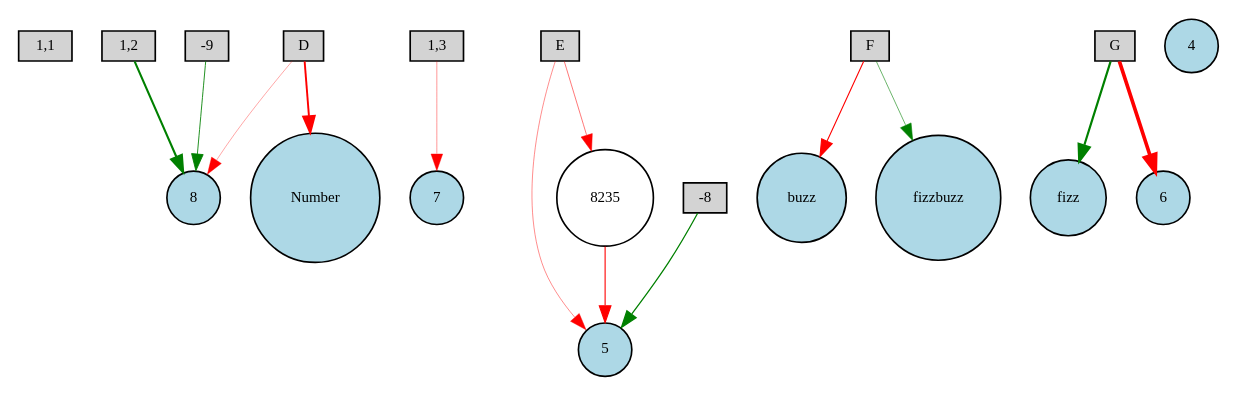
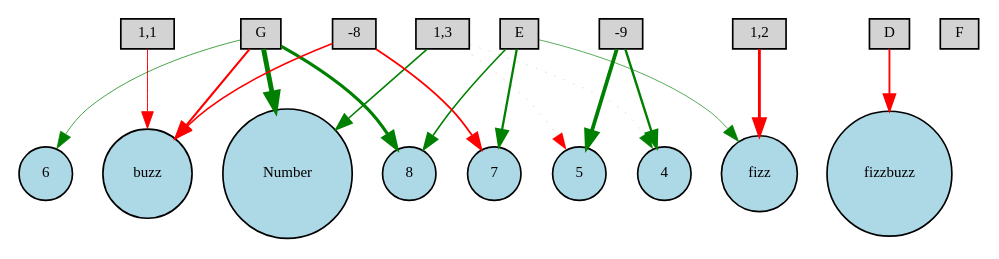
Before and after one commit to HiggstonRainbird/NEAT-TicTacToe: the diagram in Legal Moves/Digraph.gv, drawn with Graphviz. The commit also changed 3 other files, not shown here.

```diff
--- a/Legal Moves/Digraph.gv
+++ b/Legal Moves/Digraph.gv
@@ -1,35 +1,38 @@
 digraph {
 	node [fontsize=9 height=0.2 shape=circle width=0.2]
 	"1,1" [fillcolor=lightgray shape=box style=filled]
 	"1,2" [fillcolor=lightgray shape=box style=filled]
 	"1,3" [fillcolor=lightgray shape=box style=filled]
 	D [fillcolor=lightgray shape=box style=filled]
 	E [fillcolor=lightgray shape=box style=filled]
 	F [fillcolor=lightgray shape=box style=filled]
 	G [fillcolor=lightgray shape=box style=filled]
 	-8 [fillcolor=lightgray shape=box style=filled]
 	-9 [fillcolor=lightgray shape=box style=filled]
 	Number [fillcolor=lightblue style=filled]
 	fizz [fillcolor=lightblue style=filled]
 	buzz [fillcolor=lightblue style=filled]
 	fizzbuzz [fillcolor=lightblue style=filled]
 	4 [fillcolor=lightblue style=filled]
 	5 [fillcolor=lightblue style=filled]
 	6 [fillcolor=lightblue style=filled]
 	7 [fillcolor=lightblue style=filled]
 	8 [fillcolor=lightblue style=filled]
-	8235 [fillcolor=white style=filled]
-	"1,3" -> 7 [color=red penwidth=0.250792285711 style=solid]
-	8235 -> 5 [color=red penwidth=0.662222011247 style=solid]
-	-9 -> 8 [color=green penwidth=0.517334824778 style=solid]
-	E -> 5 [color=red penwidth=0.272482606821 style=solid]
-	-8 -> 5 [color=green penwidth=0.755651601145 style=solid]
-	"1,2" -> 8 [color=green penwidth=1.27160299307 style=solid]
-	F -> buzz [color=red penwidth=0.653214055867 style=solid]
-	G -> fizz [color=green penwidth=1.30323832725 style=solid]
-	F -> fizzbuzz [color=green penwidth=0.353935348965 style=solid]
-	D -> Number [color=red penwidth=1.15347308239 style=solid]
-	G -> 6 [color=red penwidth=2.17882740117 style=solid]
-	D -> 8 [color=red penwidth=0.205120350187 style=solid]
-	E -> 8235 [color=red penwidth=0.324706506914 style=solid]
+	-9 -> 4 [color=green penwidth=1.43603786407 style=solid]
+	"1,2" -> fizz [color=red penwidth=1.72347349505 style=solid]
+	E -> fizz [color=green penwidth=0.387854033426 style=solid]
+	-8 -> 7 [color=red penwidth=1.08401501938 style=solid]
+	"1,1" -> buzz [color=red penwidth=0.573366646276 style=solid]
+	G -> 6 [color=green penwidth=0.431836657614 style=solid]
+	"1,3" -> Number [color=green penwidth=0.926470457447 style=solid]
+	"1,3" -> 5 [color=red penwidth=0.125889259974 style=dotted]
+	E -> 7 [color=green penwidth=1.36485567931 style=solid]
+	G -> Number [color=green penwidth=2.92812655397 style=solid]
+	-9 -> 5 [color=green penwidth=2.2790935443 style=solid]
+	D -> fizzbuzz [color=red penwidth=1.12854083107 style=solid]
+	E -> 8 [color=green penwidth=0.96424247954 style=solid]
+	G -> 8 [color=green penwidth=1.8919728054 style=solid]
+	G -> buzz [color=red penwidth=1.22629436205 style=solid]
+	"1,3" -> 4 [color=green penwidth=0.120521686967 style=dotted]
+	-8 -> buzz [color=red penwidth=0.976364509304 style=solid]
 }
```
